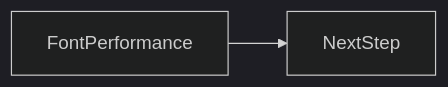
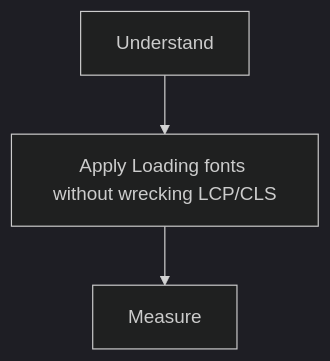
The second of 2 diagrams in docs/en/13-performance/font-performance/index.md (OmidJavaherii/Frontend-Engineering-Handbook), drawn with Mermaid (dark theme) before and after one commit. The commit also changed other lines of this file and 461 other files, not shown here.

````diff
--- a/docs/en/13-performance/font-performance/index.md
+++ b/docs/en/13-performance/font-performance/index.md
@@ -94,4 +110,5 @@
 ```mermaid
-flowchart LR
-  concept[FontPerformance] --> nextStep[NextStep]
+flowchart TD
+  A[Understand] --> B[Apply Loading fonts without wrecking LCP/CLS]
+  B --> C[Measure]
 ```
````
